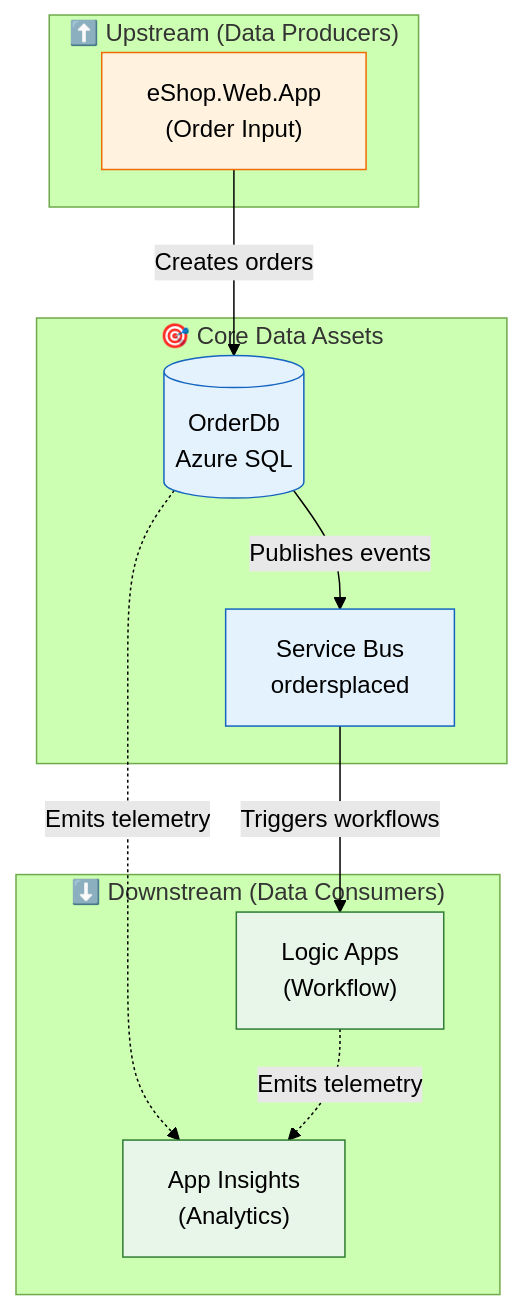
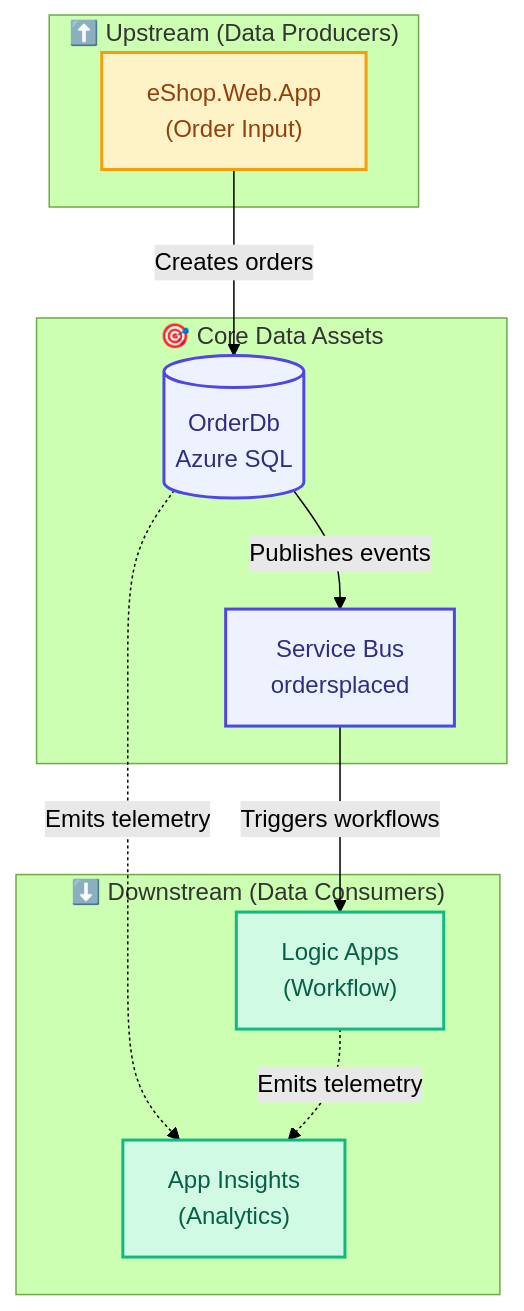
The ninth of 9 diagrams in docs/architecture/02-data-architecture.md (Evilazaro/Azure-LogicApps-Monitoring), drawn with Mermaid (forest theme) before and after one commit. The commit also changed other lines of this file and 4 other files, not shown here.

Commit message:
feat(docs): Enhance architecture documentation with detailed diagrams and modern color palette

````diff
--- a/docs/architecture/02-data-architecture.md
+++ b/docs/architecture/02-data-architecture.md
@@ -453,30 +467,33 @@
 ```mermaid
 flowchart TD
+    %% Data Dependencies - Shows upstream/downstream data flow relationships
     subgraph Upstream["⬆️ Upstream (Data Producers)"]
         WebApp["eShop.Web.App<br/>(Order Input)"]
     end
 
     subgraph Core["🎯 Core Data Assets"]
         OrderDb[("OrderDb<br/>Azure SQL")]
         EventBus["Service Bus<br/>ordersplaced"]
     end
 
     subgraph Downstream["⬇️ Downstream (Data Consumers)"]
         LogicApp["Logic Apps<br/>(Workflow)"]
         AppInsights["App Insights<br/>(Analytics)"]
     end
 
+    %% Data flow connections
     WebApp -->|"Creates orders"| OrderDb
     OrderDb -->|"Publishes events"| EventBus
     EventBus -->|"Triggers workflows"| LogicApp
     OrderDb -.->|"Emits telemetry"| AppInsights
     LogicApp -.->|"Emits telemetry"| AppInsights
 
-    classDef upstream fill:#fff3e0,stroke:#ef6c00
-    classDef core fill:#e3f2fd,stroke:#1565c0
-    classDef downstream fill:#e8f5e9,stroke:#2e7d32
+    %% Modern color palette - WCAG AA compliant
+    classDef upstream fill:#FEF3C7,stroke:#F59E0B,stroke-width:2px,color:#92400E
+    classDef core fill:#EEF2FF,stroke:#4F46E5,stroke-width:2px,color:#312E81
+    classDef downstream fill:#D1FAE5,stroke:#10B981,stroke-width:2px,color:#065F46
 
     class WebApp upstream
     class OrderDb,EventBus core
     class LogicApp,AppInsights downstream
 ```
````
